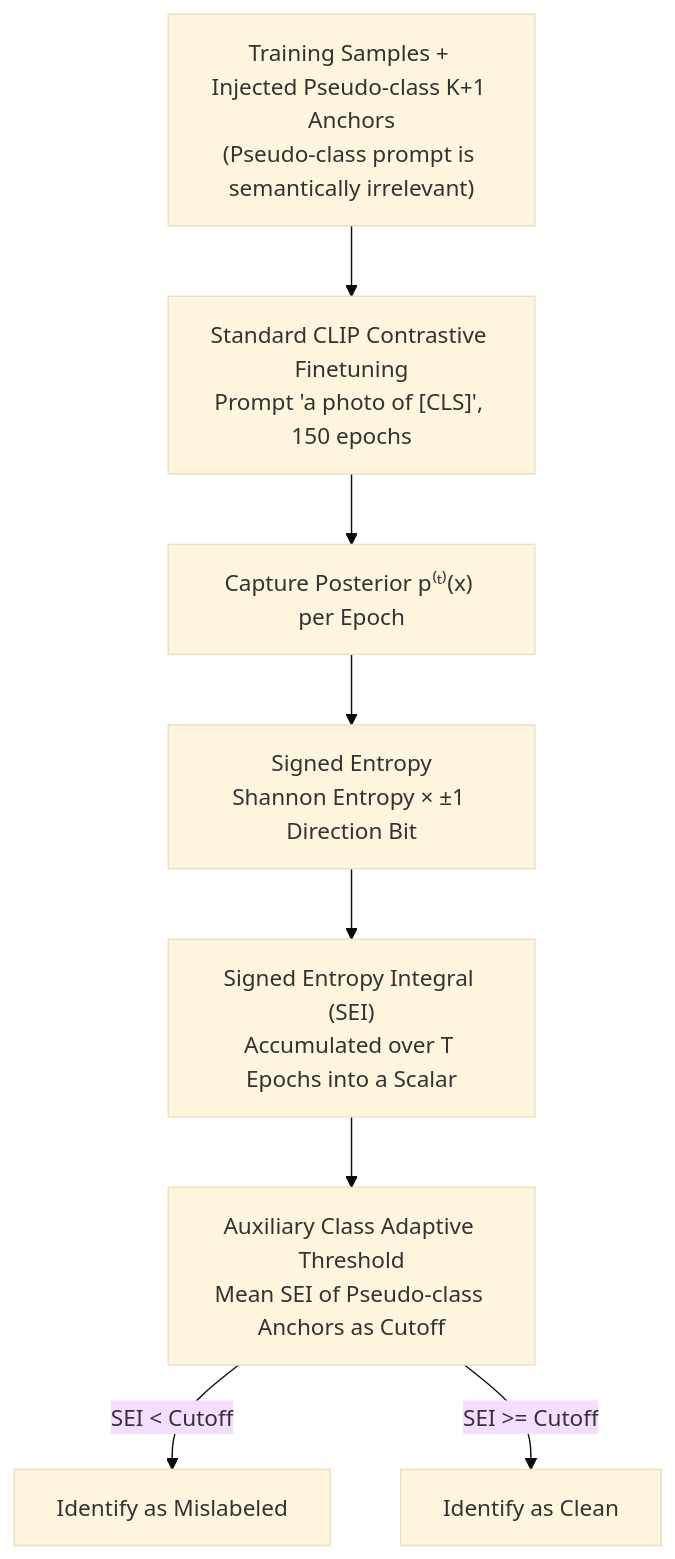
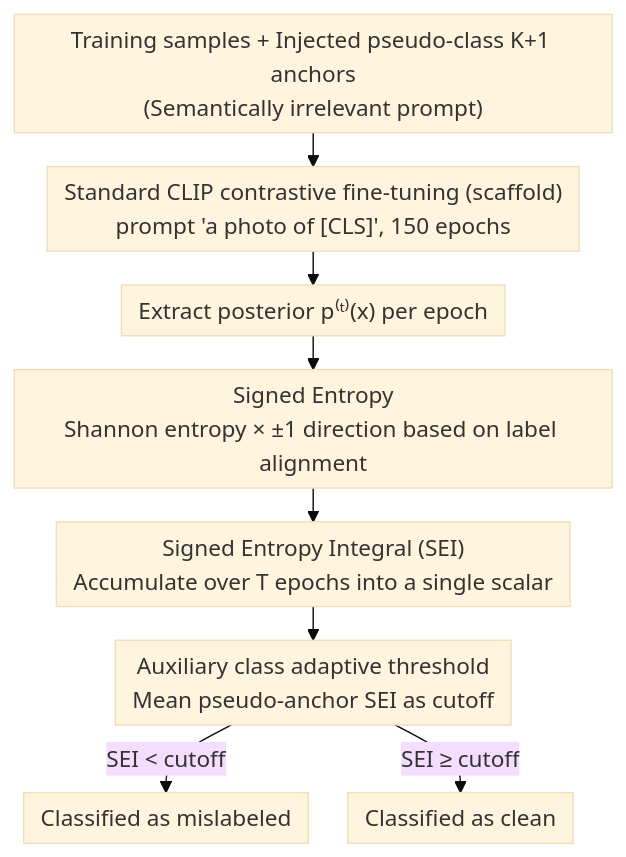
One commit to zhaoyang97/Paper-Notes-en changed the diagram in docs/ICML2026/others/on_revisiting_entropy_for_identifying_mislabeled_images.md. Above: the diagram before and after it, drawn with Mermaid (base theme). The commit also changed other lines of this file and 5084 other files, not shown here.

````diff
--- a/docs/ICML2026/others/on_revisiting_entropy_for_identifying_mislabeled_images.md
+++ b/docs/ICML2026/others/on_revisiting_entropy_for_identifying_mislabeled_images.md
@@ -44,10 +44,11 @@
 ```mermaid
-graph TD
-    A["Training Samples + Injected Pseudo-class K+1 Anchors<br/>(Pseudo-class prompt is semantically irrelevant)"] --> B["Standard CLIP Contrastive Finetuning<br/>Prompt 'a photo of [CLS]', 150 epochs"]
-    B --> C["Capture Posterior p⁽ᵗ⁾(x) per Epoch"]
-    C --> D["Signed Entropy<br/>Shannon Entropy × ±1 Direction Bit"]
-    D --> E["Signed Entropy Integral (SEI)<br/>Accumulated over T Epochs into a Scalar"]
-    E --> F["Auxiliary Class Adaptive Threshold<br/>Mean SEI of Pseudo-class Anchors as Cutoff"]
-    F -->|SEI < Cutoff| G["Identify as Mislabeled"]
-    F -->|SEI >= Cutoff| H["Identify as Clean"]
+%%{init: {'flowchart': {'rankSpacing': 24, 'nodeSpacing': 28, 'padding': 6, 'wrappingWidth': 400}}}%%
+flowchart TD
+    A["Training samples + Injected pseudo-class K+1 anchors<br/>(Semantically irrelevant prompt)"] --> B["Standard CLIP contrastive fine-tuning (scaffold)<br/>prompt 'a photo of [CLS]', 150 epochs"]
+    B --> C["Extract posterior p⁽ᵗ⁾(x) per epoch"]
+    C --> D["Signed Entropy<br/>Shannon entropy × ±1 direction based on label alignment"]
+    D --> E["Signed Entropy Integral (SEI)<br/>Accumulate over T epochs into a single scalar"]
+    E --> F["Auxiliary class adaptive threshold<br/>Mean pseudo-anchor SEI as cutoff"]
+    F -->|SEI < cutoff| G["Classified as mislabeled"]
+    F -->|SEI ≥ cutoff| H["Classified as clean"]
 ```
````
